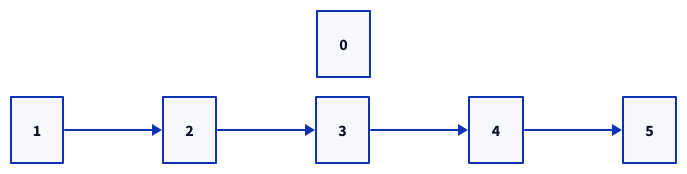
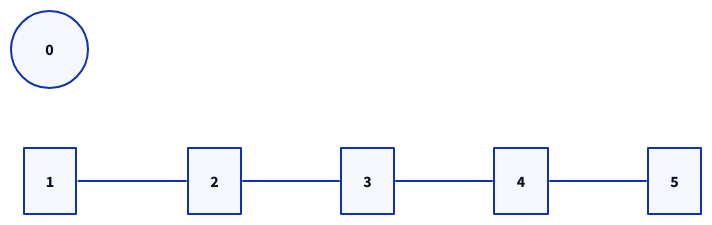
One commit to jesus-castro89/pavanzada changed the first of 3 diagrams in Writerside/topics/dinamic-array.md. Above: the diagram before and after it, drawn with D2. The commit also changed other lines of this file and 1 other file, not shown here.

````diff
--- a/Writerside/topics/dinamic-array.md
+++ b/Writerside/topics/dinamic-array.md
@@ -61,5 +61,7 @@
 ```d2
 direction: right
-0 {near:top-center}
-1 -> 2 -> 3 -> 4 -> 5
+0{
+shape: circle
+} 
+1 -- 2 -- 3 -- 4 -- 5
 ```
````
